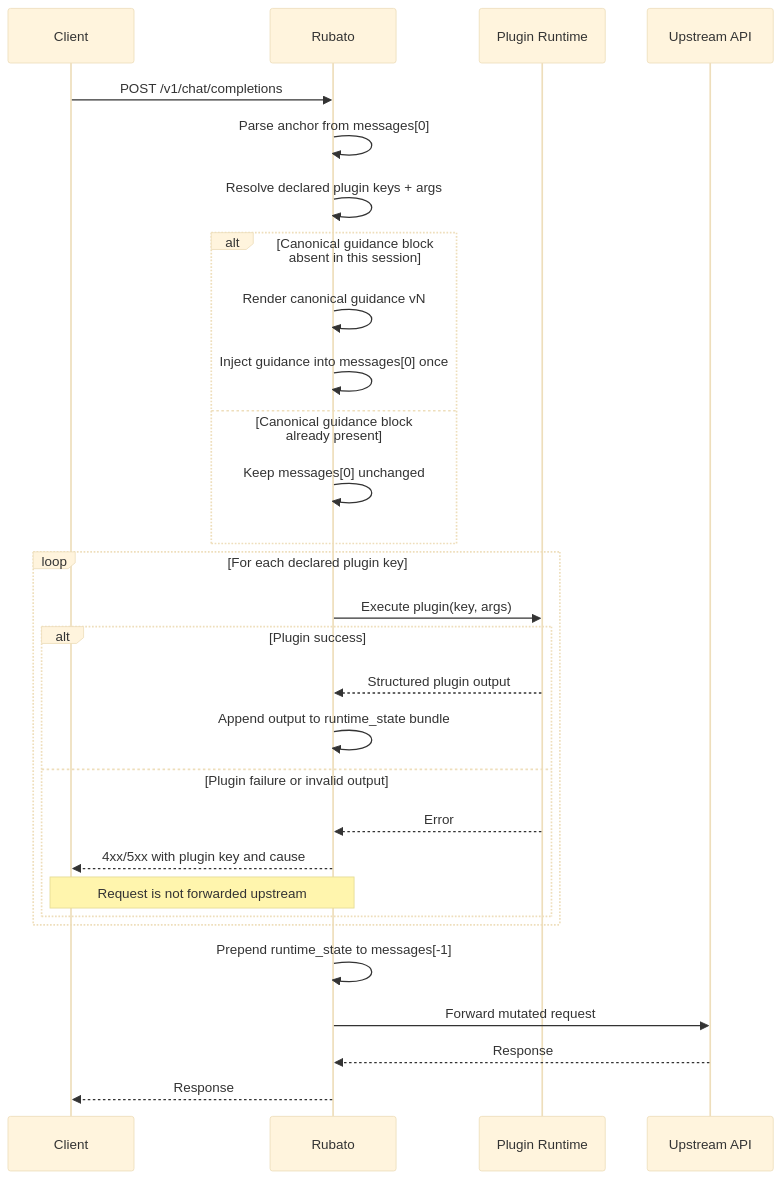
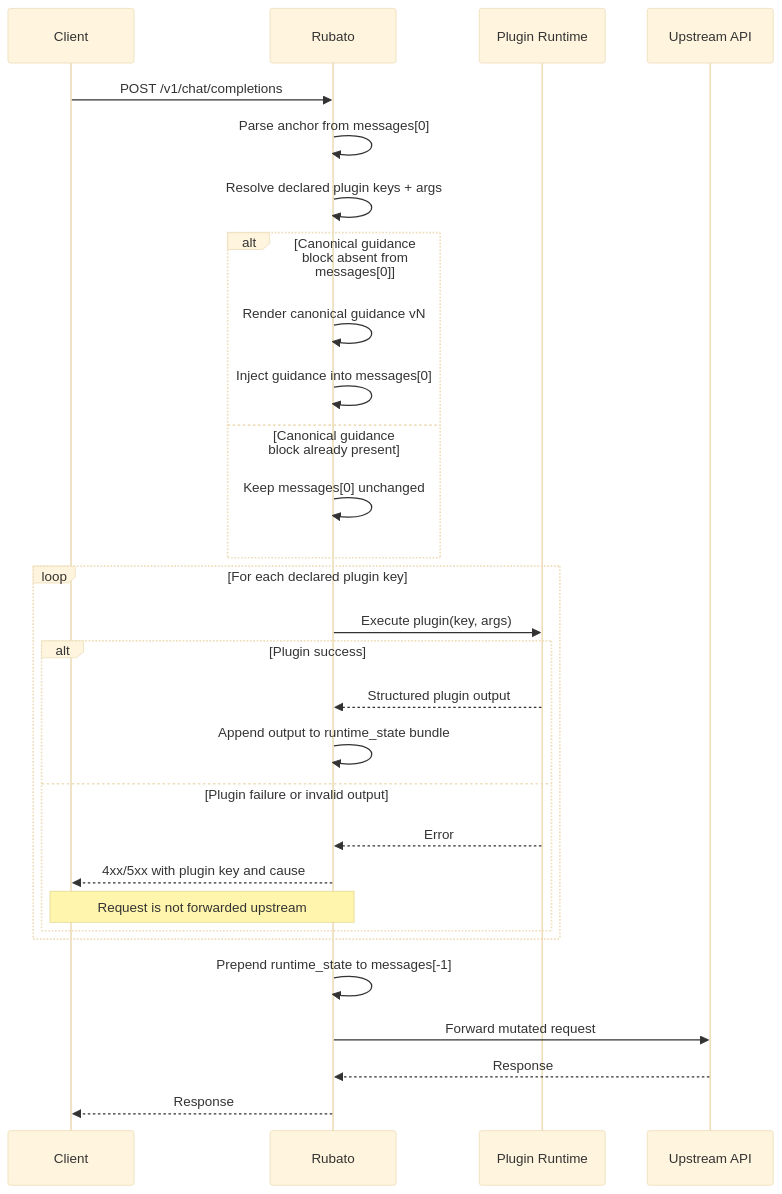
Before and after one commit to noclearreaction/symphony-maestro: the second of 3 diagrams in openspec/changes/rubato-runtime-state-injection/design.md, drawn with Mermaid (base theme). The commit also changed other lines of this file and 8 other files, not shown here.

````diff
--- a/openspec/changes/rubato-runtime-state-injection/design.md
+++ b/openspec/changes/rubato-runtime-state-injection/design.md
@@ -122,34 +128,34 @@
 ```mermaid
 sequenceDiagram
 	participant C as Client
 	participant R as Rubato
 	participant P as Plugin Runtime
 	participant U as Upstream API
 
 	C->>R: POST /v1/chat/completions
 	R->>R: Parse anchor from messages[0]
 	R->>R: Resolve declared plugin keys + args
-	alt Canonical guidance block absent in this session
+	alt Canonical guidance block absent from messages[0]
 		R->>R: Render canonical guidance vN
-		R->>R: Inject guidance into messages[0] once
+		R->>R: Inject guidance into messages[0]
 	else Canonical guidance block already present
 		R->>R: Keep messages[0] unchanged
 	end
 
 	loop For each declared plugin key
 		R->>P: Execute plugin(key, args)
 		alt Plugin success
 			P-->>R: Structured plugin output
 			R->>R: Append output to runtime_state bundle
 		else Plugin failure or invalid output
 			P-->>R: Error
 			R-->>C: 4xx/5xx with plugin key and cause
 			Note over R,C: Request is not forwarded upstream
 		end
 	end
 
 	R->>R: Prepend runtime_state to messages[-1]
 	R->>U: Forward mutated request
 	U-->>R: Response
 	R-->>C: Response
 ```
````
